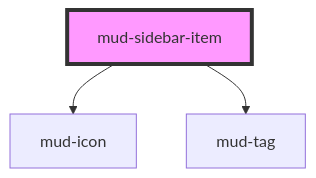
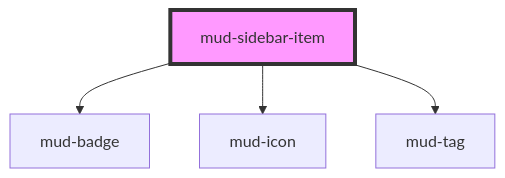
One commit to egov-moldova/design-system changed the diagram in src/components/mud-sidebar/readme.md. Above: the diagram before and after it, drawn with Mermaid. The commit also changed other lines of this file and 6 other files, not shown here.

First line of the commit message:
feat(sidebar): add the red notification badge Figma draws on a row

````diff
--- a/src/components/mud-sidebar/readme.md
+++ b/src/components/mud-sidebar/readme.md
@@ -63,6 +65,7 @@
 ```mermaid
 graph TD;
+  mud-sidebar-item --> mud-badge
   mud-sidebar-item --> mud-icon
   mud-sidebar-item --> mud-tag
   style mud-sidebar-item fill:#f9f,stroke:#333,stroke-width:4px
 ```
````
